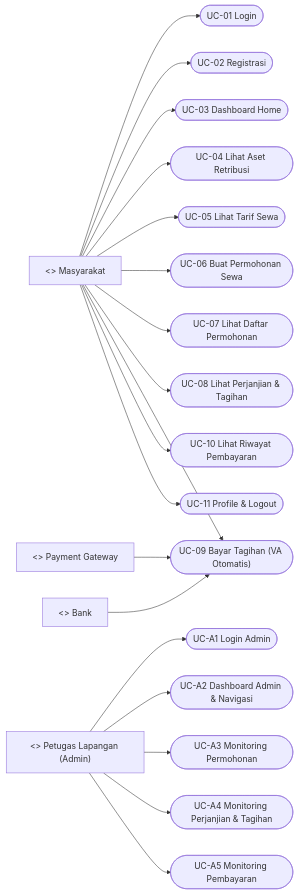
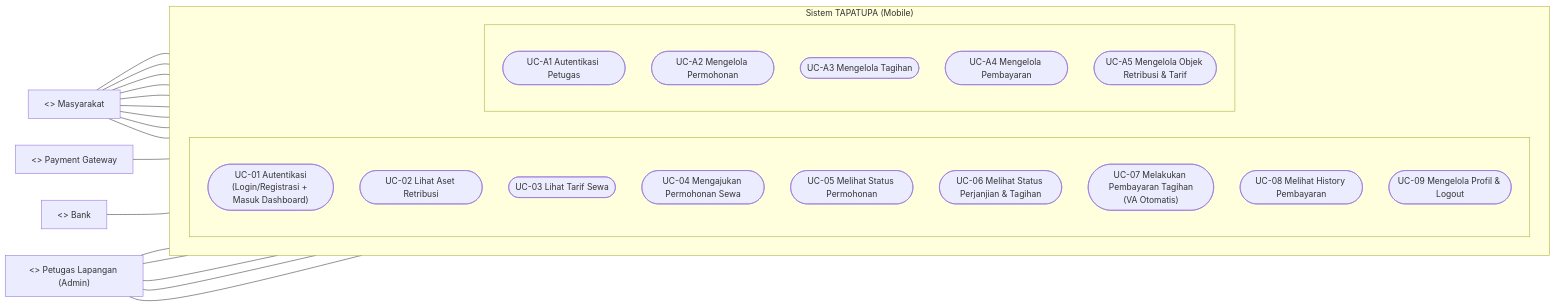
One commit to hugosmrgkr/tapatupa changed the diagram in docs/USE_CASE_SCENARIOS.md. Above: the diagram before and after it, drawn with Mermaid. The commit also changed other lines of this file, not shown here.

Commit message:
perbaikan use case

````diff
--- a/docs/USE_CASE_SCENARIOS.md
+++ b/docs/USE_CASE_SCENARIOS.md
@@ -19,46 +19,53 @@
 ```mermaid
 flowchart LR
+	%% UML-like use case layout (system boundary + actors outside)
 	M["<<actor>> Masyarakat"]
 	A["<<actor>> Petugas Lapangan (Admin)"]
 	PG["<<actor>> Payment Gateway"]
 	B["<<actor>> Bank"]
 
-	UC01(["UC-01 Login"])
-	UC02(["UC-02 Registrasi"])
-	UC03(["UC-03 Dashboard Home"])
-	UC04(["UC-04 Lihat Aset Retribusi"])
-	UC05(["UC-05 Lihat Tarif Sewa"])
-	UC06(["UC-06 Buat Permohonan Sewa"])
-	UC07(["UC-07 Lihat Daftar Permohonan"])
-	UC08(["UC-08 Lihat Perjanjian & Tagihan"])
-	UC09(["UC-09 Bayar Tagihan (VA Otomatis)"])
-	UC10(["UC-10 Lihat Riwayat Pembayaran"])
-	UC11(["UC-11 Profile & Logout"])
+	subgraph SYS["Sistem TAPATUPA (Mobile)"]
+		direction LR
 
-	UCA1(["UC-A1 Login Admin"])
-	UCA2(["UC-A2 Dashboard Admin & Navigasi"])
-	UCA3(["UC-A3 Monitoring Permohonan"])
-	UCA4(["UC-A4 Monitoring Perjanjian & Tagihan"])
-	UCA5(["UC-A5 Monitoring Pembayaran"])
+		subgraph UC_USER[" "]
+			direction TB
+			UC01(["UC-01 Autentikasi\n(Login/Registrasi + Masuk Dashboard)"])
+			UC02(["UC-02 Lihat Aset Retribusi"])
+			UC03(["UC-03 Lihat Tarif Sewa"])
+			UC04(["UC-04 Mengajukan Permohonan Sewa"])
+			UC05(["UC-05 Melihat Status Permohonan"])
+			UC06(["UC-06 Melihat Status Perjanjian & Tagihan"])
+			UC07(["UC-07 Melakukan Pembayaran Tagihan\n(VA Otomatis)"])
+			UC08(["UC-08 Melihat History Pembayaran"])
+			UC09(["UC-09 Mengelola Profil & Logout"])
+		end
 
-	M --> UC01
-	M --> UC02
-	M --> UC03
-	M --> UC04
-	M --> UC05
-	M --> UC06
-	M --> UC07
-	M --> UC08
-	M --> UC09
-	M --> UC10
-	M --> UC11
+		subgraph UC_ADMIN[" "]
+			direction TB
+			UCA1(["UC-A1 Autentikasi Petugas"])
+			UCA2(["UC-A2 Mengelola Permohonan"])
+			UCA3(["UC-A3 Mengelola Tagihan"])
+			UCA4(["UC-A4 Mengelola Pembayaran"])
+			UCA5(["UC-A5 Mengelola Objek Retribusi & Tarif"])
+		end
+	end
 
-	PG --> UC09
-	B --> UC09
+	M --- UC01
+	M --- UC02
+	M --- UC03
+	M --- UC04
+	M --- UC05
+	M --- UC06
+	M --- UC07
+	M --- UC08
+	M --- UC09
 
-	A --> UCA1
-	A --> UCA2
-	A --> UCA3
-	A --> UCA4
-	A --> UCA5
+	PG --- UC07
+	B --- UC07
+
+	A --- UCA1
+	A --- UCA2
+	A --- UCA3
+	A --- UCA4
+	A --- UCA5
 ```
````
